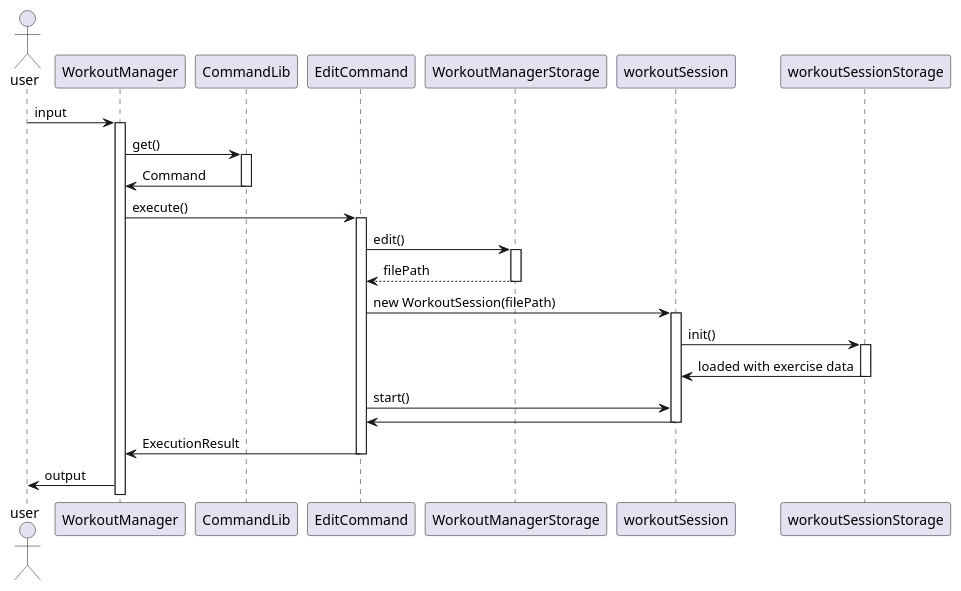
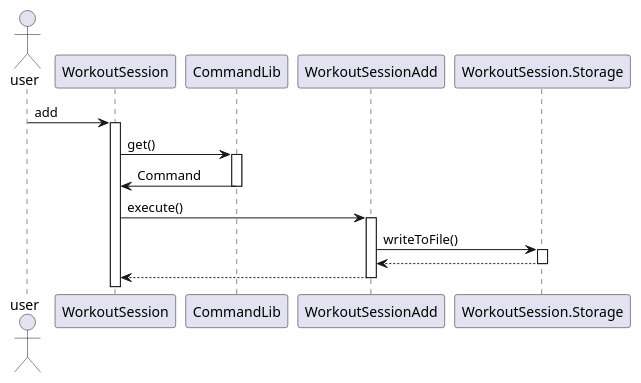
The diagram in docs/pictures/jinyang/WorkoutSessionAdd.puml (zsk612/tp), drawn with PlantUML before and after one commit. The commit also changed 4 other files, not shown here.

```diff
--- a/docs/pictures/jinyang/WorkoutSessionAdd.puml
+++ b/docs/pictures/jinyang/WorkoutSessionAdd.puml
@@ -1,35 +1,21 @@
 @startuml
 actor user
-user -> WorkoutManager : input
-activate WorkoutManager
+user -> WorkoutSession : add
+activate WorkoutSession
 
-WorkoutManager -> CommandLib : get()
+WorkoutSession -> CommandLib : get()
 activate CommandLib
-CommandLib -> WorkoutManager : Command
+CommandLib -> WorkoutSession : Command
 deactivate CommandLib
 
-WorkoutManager -> EditCommand : execute()
-activate EditCommand
+WorkoutSession -> WorkoutSessionAdd : execute()
+activate WorkoutSessionAdd
 
-EditCommand -> WorkoutManagerStorage : edit()
-activate WorkoutManagerStorage
-WorkoutManagerStorage --> EditCommand : filePath
-deactivate WorkoutManagerStorage
+WorkoutSessionAdd -> WorkoutSession.Storage : writeToFile()
+activate WorkoutSession.Storage
+WorkoutSession.Storage --> WorkoutSessionAdd
+deactivate WorkoutSession.Storage
 
-EditCommand -> workoutSession : new WorkoutSession(filePath)
-activate workoutSession
-workoutSession -> workoutSessionStorage: init()
-activate workoutSessionStorage
-workoutSessionStorage -> workoutSession: loaded with exercise data
-deactivate workoutSessionStorage
-
-EditCommand -> workoutSession : start()
-workoutSession -> EditCommand
-deactivate workoutSession
-
-EditCommand -> WorkoutManager : ExecutionResult
-deactivate EditCommand
-
-WorkoutManager ->  user : output
-
+WorkoutSessionAdd --> WorkoutSession
+deactivate WorkoutSessionAdd
 @enduml
```
